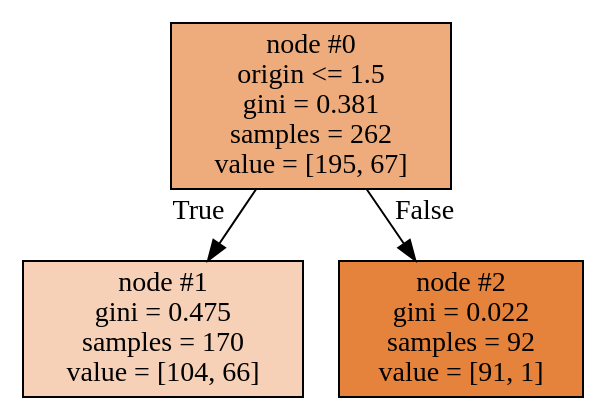
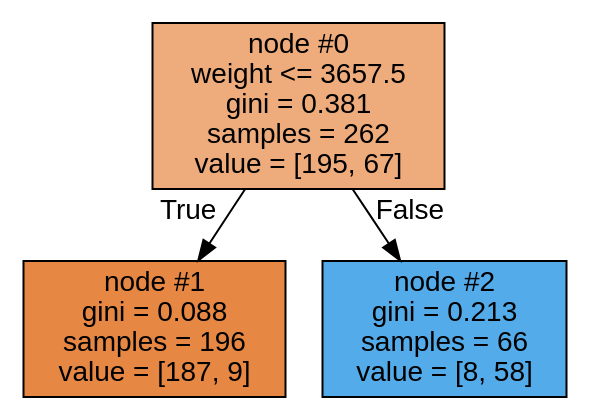
The diagram in Phase3/mytree.dot (aliceagrawal/DS-Live-022122), drawn with Graphviz before and after one commit. The commit also changed 7 other files, not shown here.

```diff
--- a/Phase3/mytree.dot
+++ b/Phase3/mytree.dot
@@ -1,11 +1,12 @@
 digraph Tree {
-node [shape=box, style="filled", color="black"] ;
+node [shape=box, style="filled", color="black", fontname="helvetica"] ;
 graph [ranksep=equally, splines=polyline] ;
-0 [label="node #0\norigin <= 1.5\ngini = 0.381\nsamples = 262\nvalue = [195, 67]", fillcolor="#eeac7d"] ;
-1 [label="node #1\ngini = 0.475\nsamples = 170\nvalue = [104, 66]", fillcolor="#f6d1b7"] ;
+edge [fontname="helvetica"] ;
+0 [label="node #0\nweight <= 3657.5\ngini = 0.381\nsamples = 262\nvalue = [195, 67]", fillcolor="#eeac7d"] ;
+1 [label="node #1\ngini = 0.088\nsamples = 196\nvalue = [187, 9]", fillcolor="#e68743"] ;
 0 -> 1 [labeldistance=2.5, labelangle=45, headlabel="True"] ;
-2 [label="node #2\ngini = 0.022\nsamples = 92\nvalue = [91, 1]", fillcolor="#e5823b"] ;
+2 [label="node #2\ngini = 0.213\nsamples = 66\nvalue = [8, 58]", fillcolor="#54abe9"] ;
 0 -> 2 [labeldistance=2.5, labelangle=-45, headlabel="False"] ;
 {rank=same ; 0} ;
 {rank=same ; 1; 2} ;
 }
```
